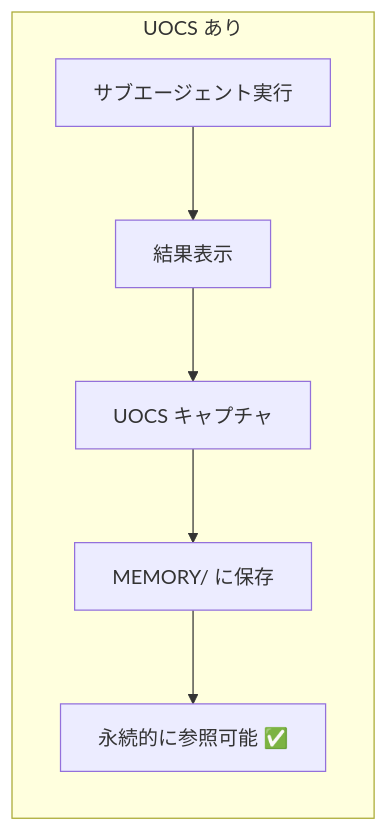
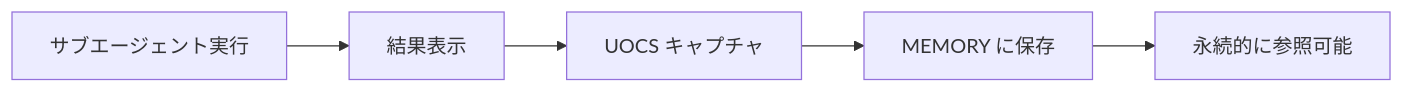
One commit to yasuhito/zenn changed the second of 6 diagrams in articles/pai-uocs-output-capture.md. Above: the diagram before and after it, drawn with Mermaid. The commit also changed other lines of this file, not shown here.

Commit message:
Fix: UOCS記事のMermaidエラー修正

````diff
--- a/articles/pai-uocs-output-capture.md
+++ b/articles/pai-uocs-output-capture.md
@@ -30,9 +30,7 @@
 ```mermaid
 graph LR
-    subgraph "UOCS あり"
-        E[サブエージェント実行] --> F[結果表示]
-        F --> G[UOCS キャプチャ]
-        G --> H[MEMORY/ に保存]
-        H --> I[永続的に参照可能 ✅]
-    end
+    E[サブエージェント実行] --> F[結果表示]
+    F --> G[UOCS キャプチャ]
+    G --> H[MEMORY に保存]
+    H --> I[永続的に参照可能]
 ```
````
